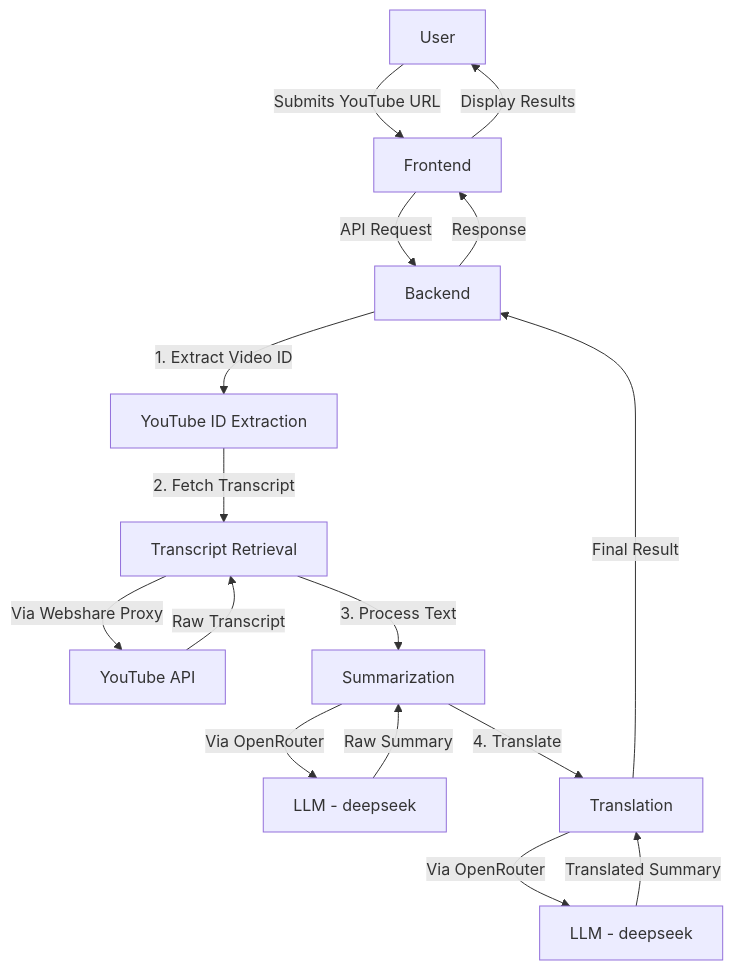
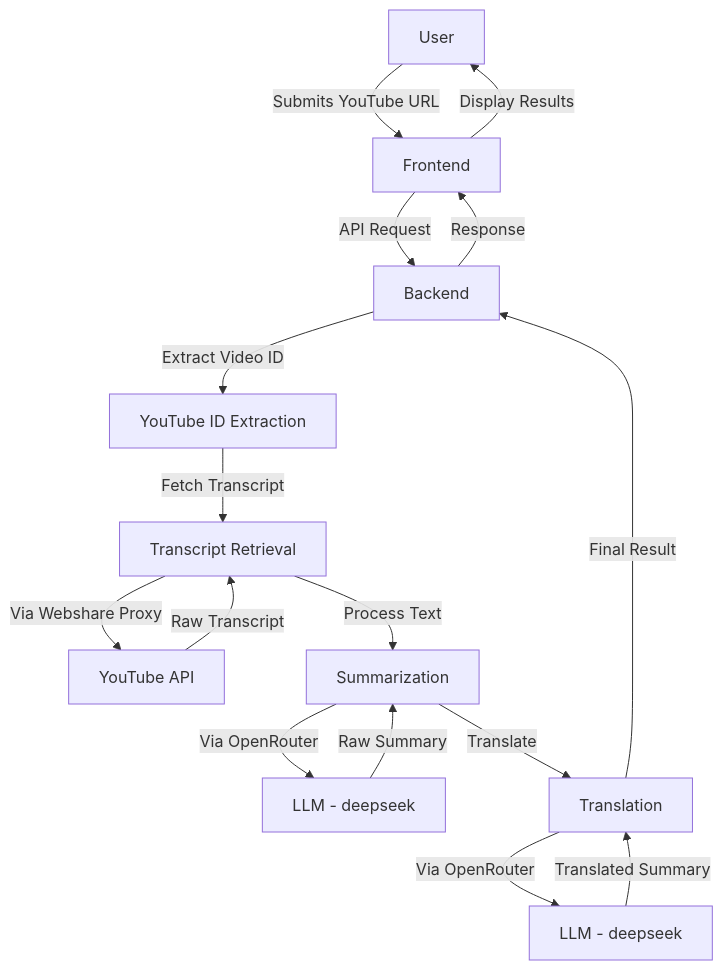
Before and after one commit to matt-GTN/zenyth: the diagram in README.md, drawn with Mermaid.

Commit message:
clean up : fixing mermaid diagram

````diff
--- a/README.md
+++ b/README.md
@@ -27,18 +27,18 @@
 ```mermaid
 graph TD
     A[User] -->|Submits YouTube URL| B[Frontend]
     B -->|API Request| C[Backend]
-    C -->|1. Extract Video ID| D[YouTube ID Extraction]
-    D -->|2. Fetch Transcript| E[Transcript Retrieval]
+    C -->|Extract Video ID| D[YouTube ID Extraction]
+    D -->|Fetch Transcript| E[Transcript Retrieval]
     E -->|Via Webshare Proxy| F[YouTube API]
     F -->|Raw Transcript| E
-    E -->|3. Process Text| G[Summarization]
+    E -->|Process Text| G[Summarization]
     G -->|Via OpenRouter| H[LLM - deepseek]
     H -->|Raw Summary| G
-    G -->|4. Translate| I[Translation]
+    G -->|Translate| I[Translation]
     I -->|Via OpenRouter| J[LLM - deepseek]
     J -->|Translated Summary| I
     I -->|Final Result| C
     C -->|Response| B
     B -->|Display Results| A
 ```
````
